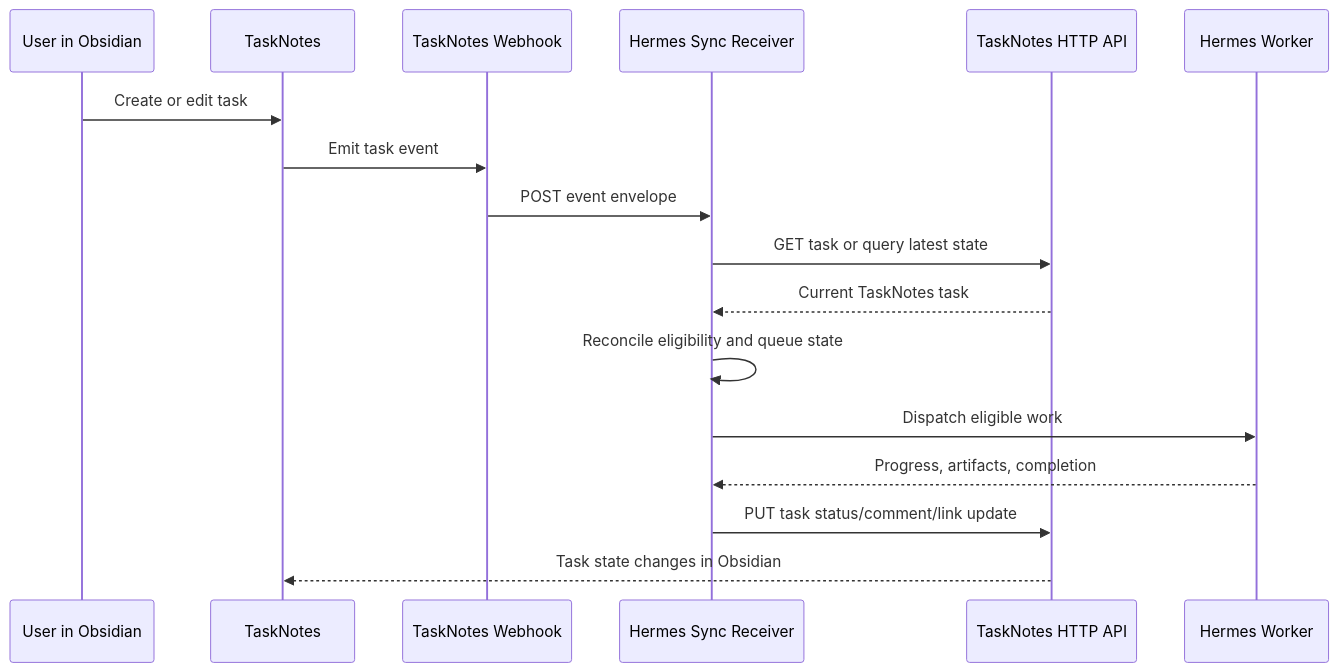
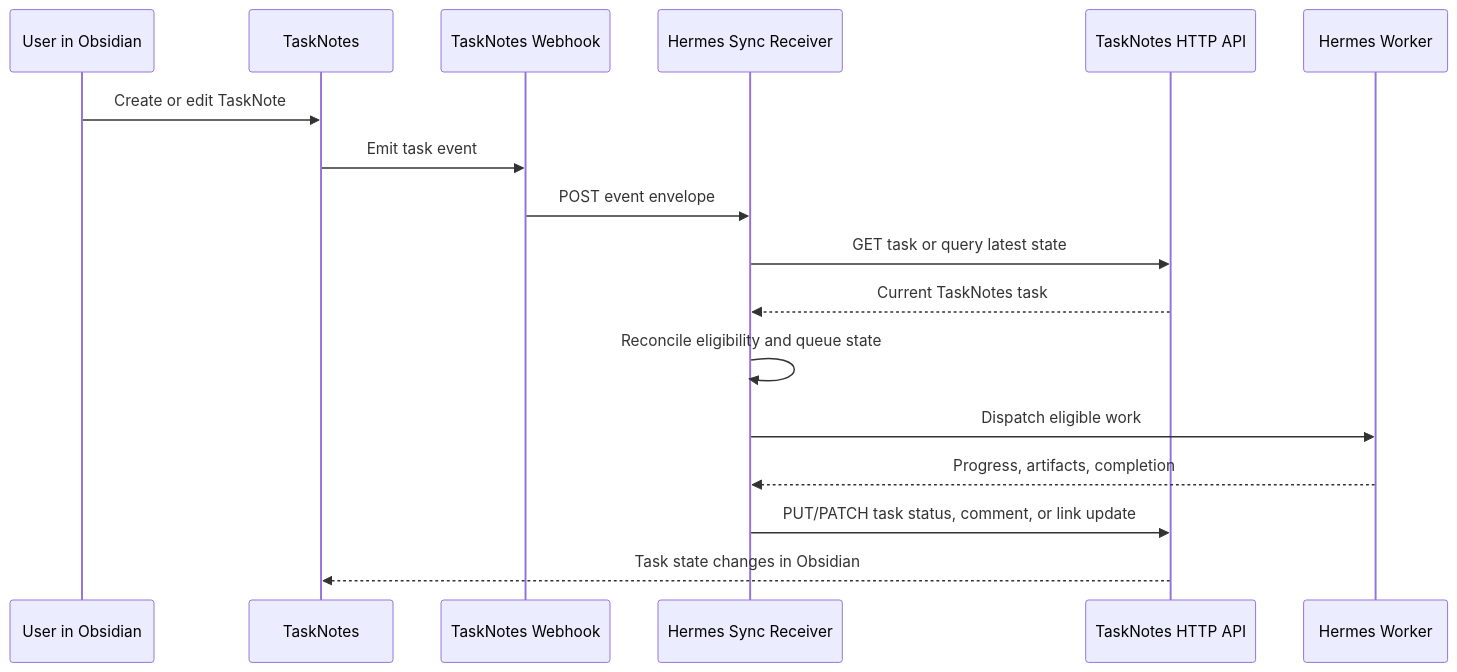
One commit to ytheesh96/tasknotes changed the diagram in docs/hermes-tasknotes-api-webhook-sync-prd.md. Above: the diagram before and after it, drawn with Mermaid. The commit also changed other lines of this file and 1 other file, not shown here.

Commit message:
Refresh dashboardless Hermes TaskNotes PRD

````diff
--- a/docs/hermes-tasknotes-api-webhook-sync-prd.md
+++ b/docs/hermes-tasknotes-api-webhook-sync-prd.md
@@ -147,20 +219,20 @@
 ```mermaid
 sequenceDiagram
   participant User as User in Obsidian
   participant TN as TaskNotes
   participant WH as TaskNotes Webhook
   participant H as Hermes Sync Receiver
   participant API as TaskNotes HTTP API
   participant W as Hermes Worker
 
-  User->>TN: Create or edit task
+  User->>TN: Create or edit TaskNote
   TN->>WH: Emit task event
   WH->>H: POST event envelope
   H->>API: GET task or query latest state
   API-->>H: Current TaskNotes task
   H->>H: Reconcile eligibility and queue state
   H->>W: Dispatch eligible work
   W-->>H: Progress, artifacts, completion
-  H->>API: PUT task status/comment/link update
+  H->>API: PUT/PATCH task status, comment, or link update
   API-->>TN: Task state changes in Obsidian
 ```
````
